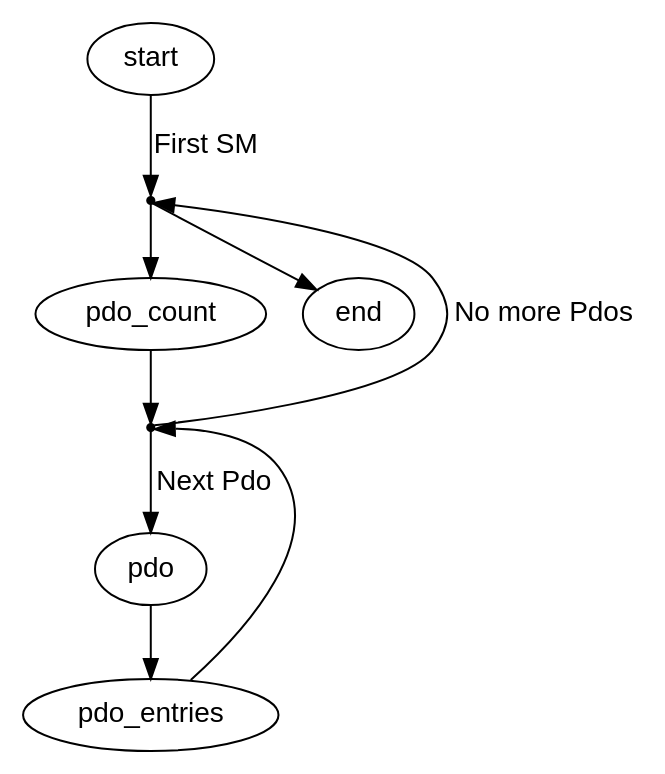
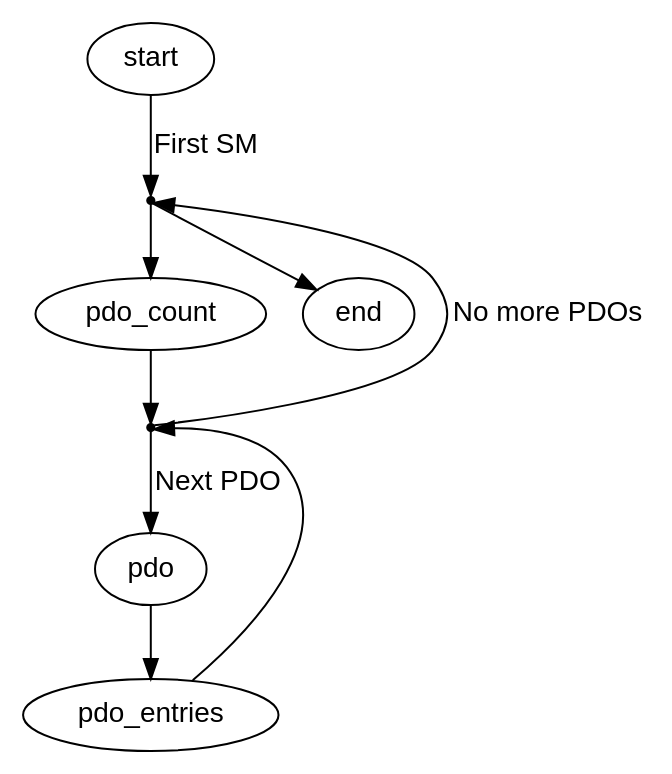
The diagram in documentation/graphs/fsm_pdo_read.dot (ribalda/ethercat), drawn with Graphviz before and after one commit. The commit also changed 68 other files, not shown here.

```diff
--- a/documentation/graphs/fsm_pdo_read.dot
+++ b/documentation/graphs/fsm_pdo_read.dot
@@ -1,27 +1,27 @@
 
 /* $Id$ */
 
 digraph pdo_read {
 
 	start [fontname="Helvetica"]
     start -> action_next_sync [fontname="Helvetica", label="First SM", weight=5]
 
     action_next_sync [shape=point,label=""]
     action_next_sync -> pdo_count [weight=5]
     action_next_sync -> end
 
 	pdo_count [fontname="Helvetica"]
     pdo_count -> action_next_pdo [weight=5]
 
     action_next_pdo [shape=point,label=""]
-    action_next_pdo -> pdo [fontname="Helvetica", label="Next Pdo", weight=5]
-	action_next_pdo -> action_next_sync [fontname="Helvetica", label="No more Pdos"]
+    action_next_pdo -> pdo [fontname="Helvetica", label="Next PDO", weight=5]
+	action_next_pdo -> action_next_sync [fontname="Helvetica", label="No more PDOs"]
 
 	pdo [fontname="Helvetica"]
     pdo -> pdo_entries [weight=5]
 
 	pdo_entries [fontname="Helvetica"]
     pdo_entries -> action_next_pdo
 
 	end [fontname="Helvetica"]
 }
```
